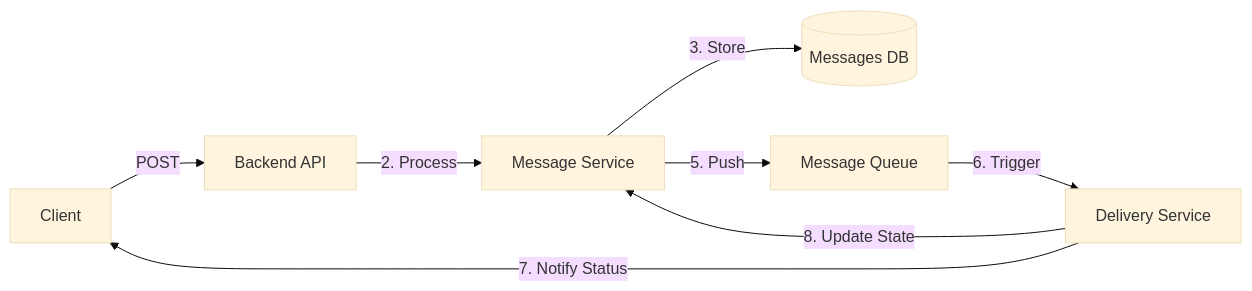
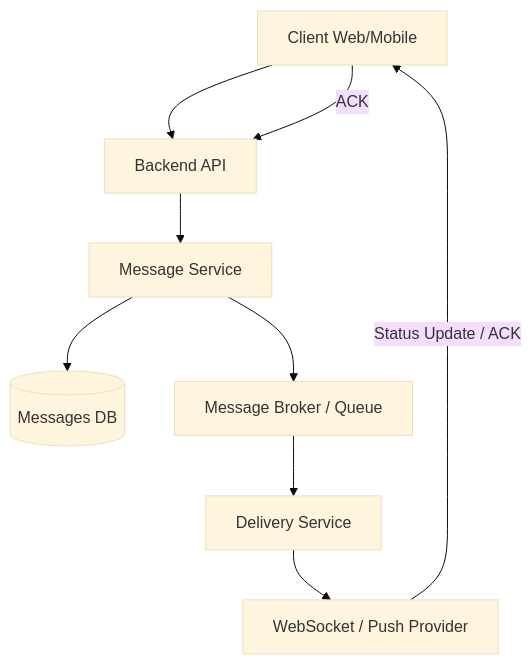
The first of 4 diagrams in README.md (artembaranovsky1/Software-Design-and-Documentation_lab-1.1), drawn with Mermaid (base theme) before and after one commit. The commit also changed other lines of this file, not shown here.

````diff
--- a/README.md
+++ b/README.md
@@ -4,10 +4,11 @@
 ```mermaid
-graph LR
-    Client -- POST --> API[Backend API]
-    API -- 2. Process --> MS[Message Service]
-    MS -- 3. Store --> DB[(Messages DB)]
-    MS -- 5. Push --> Queue[Message Queue]
-    Queue -- 6. Trigger --> DS[Delivery Service]
-    DS -- 7. Notify Status --> Client
-    DS -- 8. Update State --> MS
+graph TD
+    Client[Client Web/Mobile] --> API[Backend API]
+    API --> MS[Message Service]
+    MS --> DB[(Messages DB)]
+    MS --> Broker[Message Broker / Queue]
+    Broker --> DS[Delivery Service]
+    DS --> WS[WebSocket / Push Provider]
+    WS -- Status Update / ACK --> Client
+    Client -- ACK --> API
 ```
````
